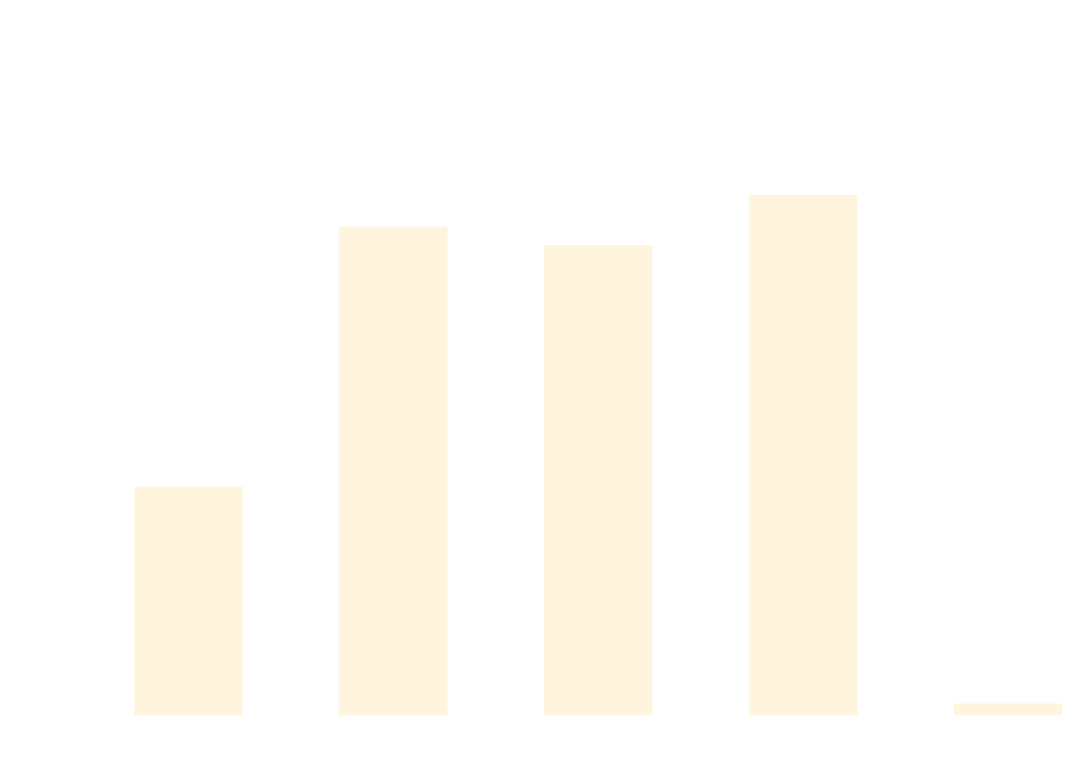
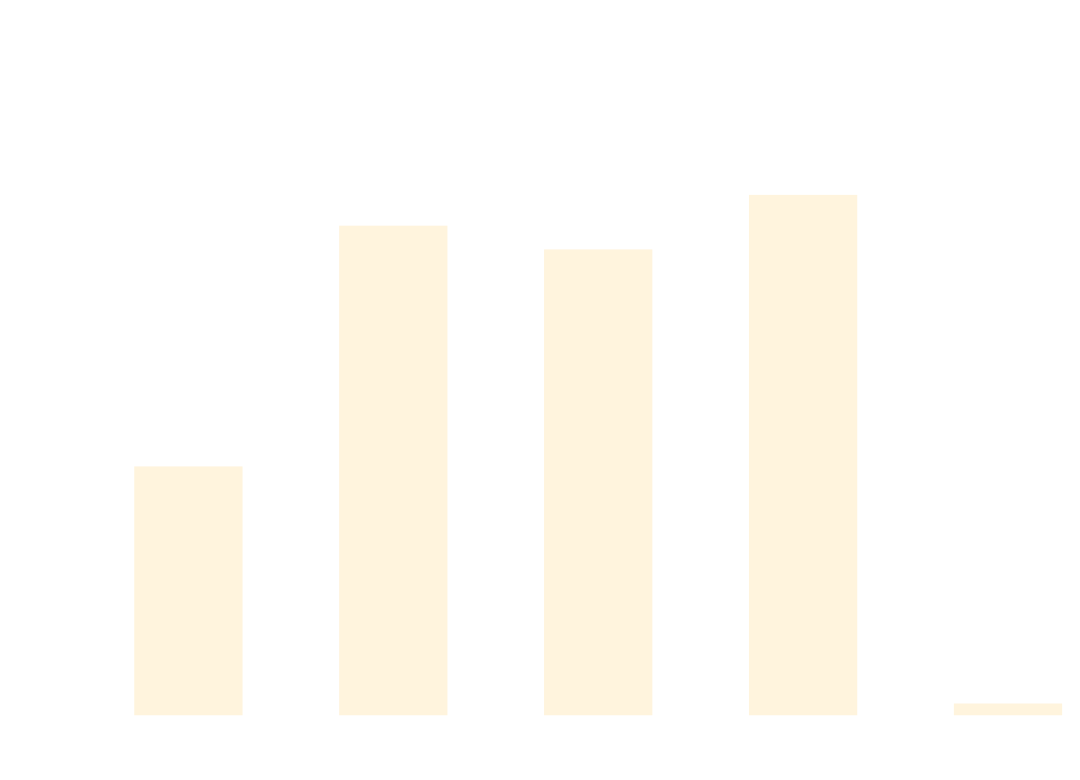
One commit to thomhurst/TUnit changed the diagram in docs/docs/benchmarks/SetupTeardownTests.md. Above: the diagram before and after it, drawn with Mermaid. The commit also changed other lines of this file and 17 other files, not shown here.

````diff
--- a/docs/docs/benchmarks/SetupTeardownTests.md
+++ b/docs/docs/benchmarks/SetupTeardownTests.md
@@ -27,37 +27,37 @@
 ```mermaid
 %%{init: {
   'theme':'base',
   'themeVariables': {
     'primaryColor': '#2563eb',
     'primaryTextColor': '#ffffff',
     'primaryBorderColor': '#1e40af',
     'lineColor': '#6b7280',
     'secondaryColor': '#7c3aed',
     'tertiaryColor': '#dc2626',
     'background': '#ffffff',
     'mainBkg': '#2563eb',
     'secondBkg': '#7c3aed',
     'tertiaryBkg': '#dc2626',
     'clusterBkg': '#f3f4f6',
     'edgeLabelBackground': '#ffffff',
     'tertiaryTextColor': '#1f2937',
     'pie1': '#2563eb',
     'pie2': '#7c3aed',
     'pie3': '#dc2626',
     'pie4': '#f59e0b',
     'pie5': '#10b981',
     'pie6': '#06b6d4',
     'pie7': '#ec4899',
     'pie8': '#6366f1',
     'pie9': '#84cc16',
     'pie10': '#f97316',
     'pie11': '#14b8a6',
     'pie12': '#a855f7'
   }
 }}%%
 xychart-beta
   title "SetupTeardownTests Performance Comparison"
   x-axis ["TUnit", "NUnit", "MSTest", "xUnit3", "TUnit_AOT"]
-  y-axis "Time (ms)" 0 --> 1462
-  bar [519.2, 1141.9, 1098, 1218, 0]
+  y-axis "Time (ms)" 0 --> 1468
+  bar [570.1, 1149, 1091.9, 1223, 0]
 ```
````
